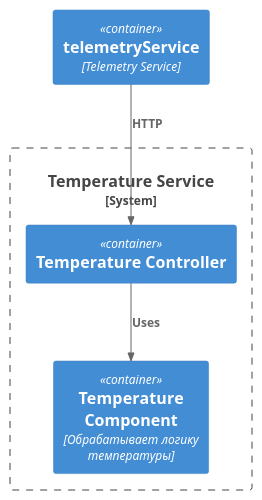
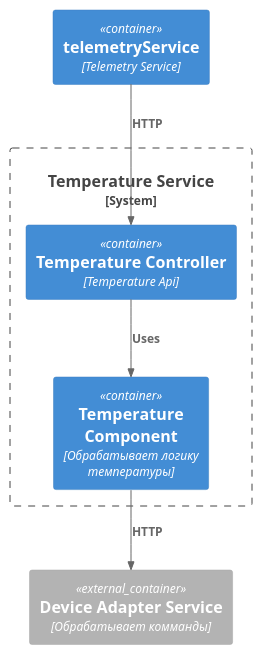
One commit to alexmented/architecture-pro-warmhouse changed the diagram in schemas/C3_TemperatureService.puml. Above: the diagram before and after it, drawn with PlantUML. The commit also changed 7 other files, not shown here.

```diff
--- a/schemas/C3_TemperatureService.puml
+++ b/schemas/C3_TemperatureService.puml
@@ -1,15 +1,17 @@
 @startuml
 !include https://raw.githubusercontent.com/plantuml-stdlib/C4-PlantUML/master/C4_Container.puml
 
 Container(telemetryService, "telemetryService", "Telemetry Service")
 
 System_Boundary(serviceBoundary, "Temperature Service") {
-    Container(controller, "Temperature Controller")
+    Container(controller, "Temperature Controller", "Temperature Api")
     Container(component, "Temperature Component", "Обрабатывает логику температуры")
 }
+    Container_Ext(deviceAdapter, "Device Adapter Service", "Обрабатывает комманды")
+
 
 Rel(telemetryService, controller, "HTTP")
 Rel(controller, component, "Uses")
-
+Rel(component, deviceAdapter, "HTTP")
 
 @enduml
```
